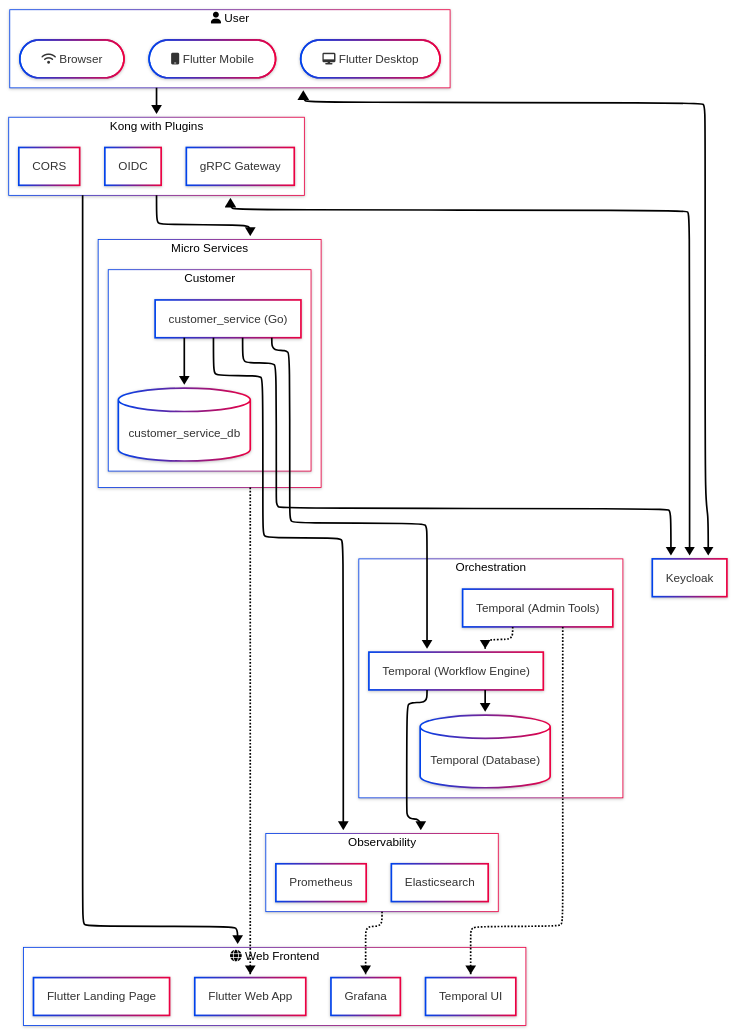
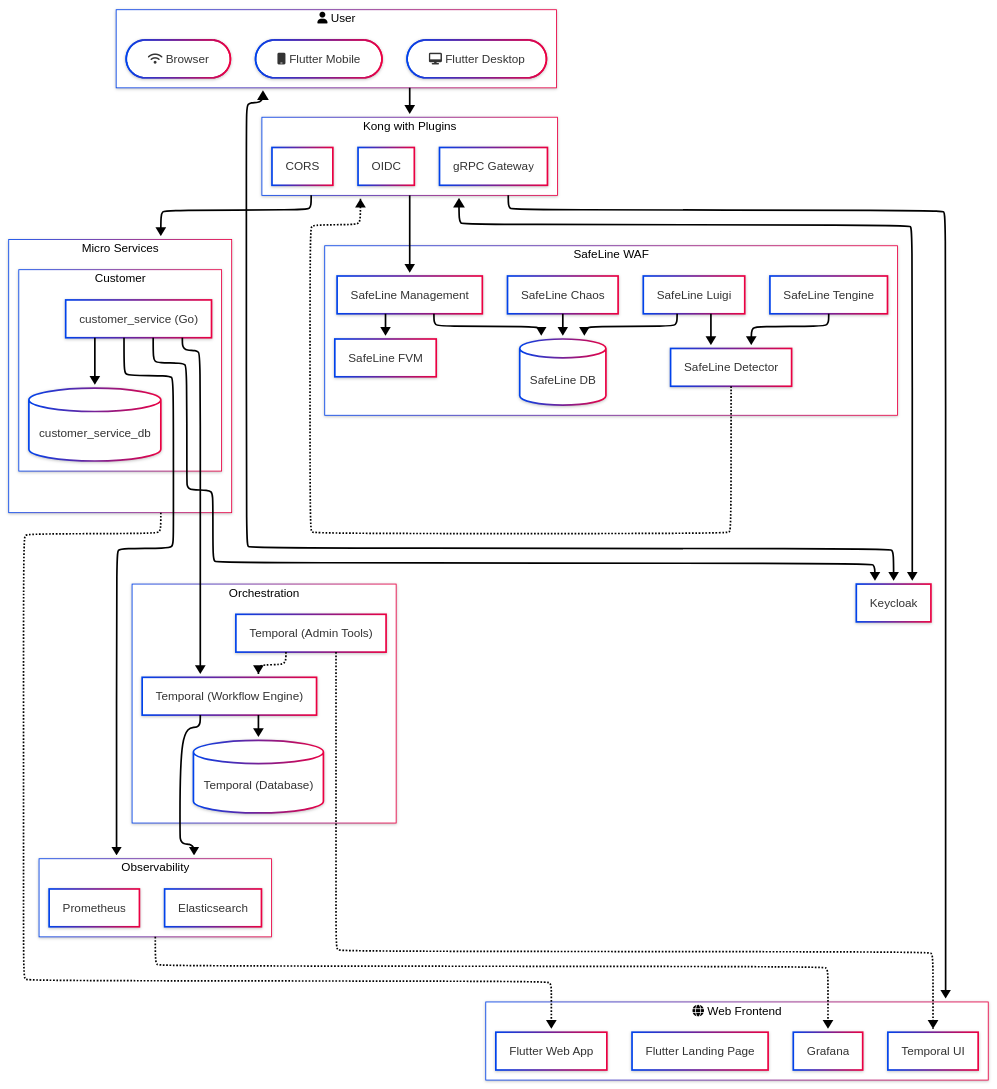
Before and after one commit to b-fontaine/saaster_kit: the diagram in README.md, drawn with Mermaid. The commit also changed other lines of this file and 12 other files, not shown here.

Commit message:
feat(security): Add Safeline WAF

````diff
--- a/README.md
+++ b/README.md
@@ -30,52 +39,67 @@
 ```mermaid
 ---
 config:
   theme: neo
   layout: elk
   look: neo
 ---
 flowchart TD
     subgraph client["fa:fa-user User"]
         mobile(["fa:fa-mobile Flutter Mobile"])
         desktop(["fa:fa-desktop Flutter Desktop"])
         chrome(["fa:fa-wifi Browser"])
     end
     subgraph kong["Kong with Plugins"]
         oidc["OIDC"]
         grpc-gateway["gRPC Gateway"]
         cors["CORS"]
+    end
+    safeline-detector -.-> kong
+    kong --> safeline-mgt
+    subgraph safeline["SafeLine WAF"]
+        safeline-mgt["SafeLine Management"]
+        safeline-detector["SafeLine Detector"]
+        safeline-tengine["SafeLine Tengine"]
+        safeline-db[("SafeLine DB")]
+        safeline-luigi["SafeLine Luigi"]
+        safeline-fvm["SafeLine FVM"]
+        safeline-chaos["SafeLine Chaos"]
+        safeline-chaos & safeline-luigi & safeline-mgt --> safeline-db
+        safeline-mgt --> safeline-fvm
+        safeline-luigi --> safeline-detector
+        safeline-tengine --> safeline-detector
     end
     subgraph front["fa:fa-globe Web Frontend"]
         web["Flutter Web App"]
         landing["Flutter Landing Page"]
         temporal["Temporal UI"]
         grafana["Grafana"]
     end
     subgraph orch["Orchestration"]
         D["Temporal (Workflow Engine)"]
         D1["Temporal (Admin Tools)"]
         D3[("Temporal (Database)")]
     end
     subgraph customer["Customer"]
         customer-service["customer_service (Go)"]
         customer-db[("customer_service_db")]
     end
     subgraph ms["Micro Services"]
         customer
     end
     subgraph obs["Observability"]
         promoteus["Prometheus"]
         elasticsearch["Elasticsearch"]
     end
     D --> D3
     D1 -.-> D
     customer-service --> customer-db & iam["Keycloak"] & D & obs
     obs -.-> grafana
     D1 -.-> temporal
     ms -.-> web
     D --> obs
     client --> kong
     kong --> front & ms
     kong <--> iam
     client <--> iam
 ```
````
